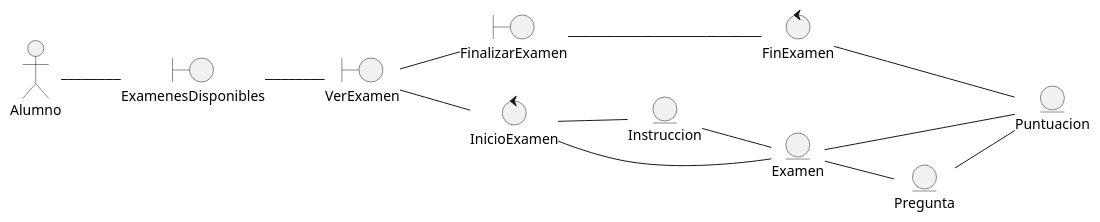
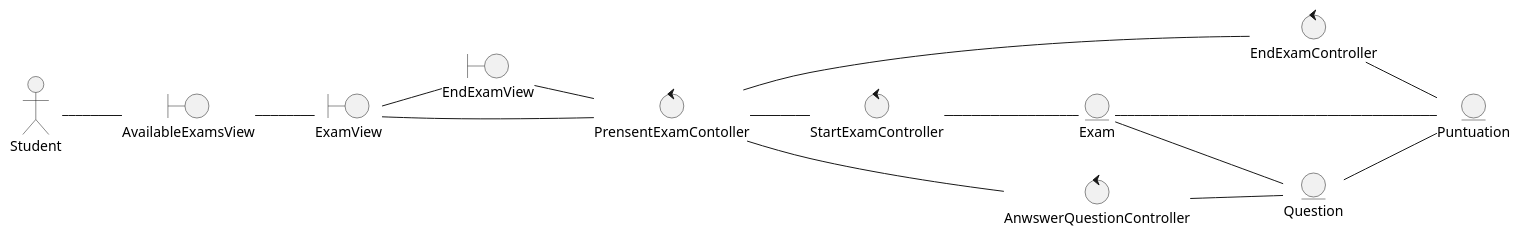
The diagram in docs/scenariosView/DiagramaClasesDeAnalisis.plantuml (Carverz/IS-022023_Proyecto-Grupo-4), drawn with PlantUML before and after one commit.

Commit message:
Cambios diagrama de analisis

```diff
--- a/docs/scenariosView/DiagramaClasesDeAnalisis.plantuml
+++ b/docs/scenariosView/DiagramaClasesDeAnalisis.plantuml
@@ -1,29 +1,32 @@
 @startuml
 left to right direction
 hide footbox
 hide link
-Actor Alumno
-boundary ExamenesDisponibles
-boundary VerExamen
-boundary FinalizarExamen
-entity Instruccion
-entity Examen
-entity Puntuacion
-entity Pregunta
-control InicioExamen
-control FinExamen
+Actor Student
+boundary AvailableExamsView
+boundary ExamView
+boundary EndExamView
+entity Exam
+entity Puntuation
+entity Question
+control StartExamController
+control EndExamController
+control PrensentExamContoller
+control AnwswerQuestionController
 
-Alumno  -- ExamenesDisponibles
-ExamenesDisponibles -- VerExamen
-VerExamen -- InicioExamen
-InicioExamen -- Instruccion
-InicioExamen -- Examen
-Instruccion -- Examen
-Examen -- Pregunta
-Examen -- Puntuacion
-Pregunta -- Puntuacion
-VerExamen -- FinalizarExamen
-FinalizarExamen -- FinExamen
-FinExamen -- Puntuacion
+Student  -- AvailableExamsView
+AvailableExamsView -- ExamView
+StartExamController -- Exam
+ExamView -- EndExamView
+Exam -- Question
+Exam -- Puntuation
+Question -- Puntuation
+EndExamView -- PrensentExamContoller
+EndExamController -- Puntuation
+ExamView -- PrensentExamContoller
+PrensentExamContoller -- StartExamController
+PrensentExamContoller -- EndExamController
+PrensentExamContoller -- AnwswerQuestionController
+AnwswerQuestionController -- Question
 
 @enduml
```
